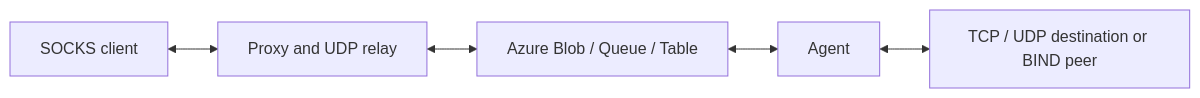
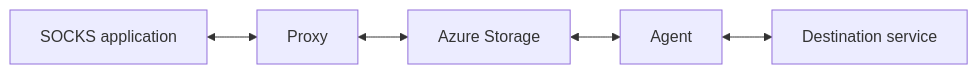
One commit to quarkslab/proxyblob changed the diagram in README.md. Above: the diagram before and after it, drawn with Mermaid. The commit also changed other lines of this file and 4 other files, not shown here.

````diff
--- a/README.md
+++ b/README.md
@@ -182,7 +7,7 @@
 ```mermaid
 flowchart LR
-    Client[SOCKS client] <--> Proxy[Proxy and UDP relay]
-    Proxy <--> Storage[Azure Blob / Queue / Table]
+    Client[SOCKS application] <--> Proxy[Proxy]
+    Proxy <--> Storage[Azure Storage]
     Storage <--> Agent[Agent]
-    Agent <--> Target[TCP / UDP destination or BIND peer]
+    Agent <--> Destination[Destination service]
 ```
````
